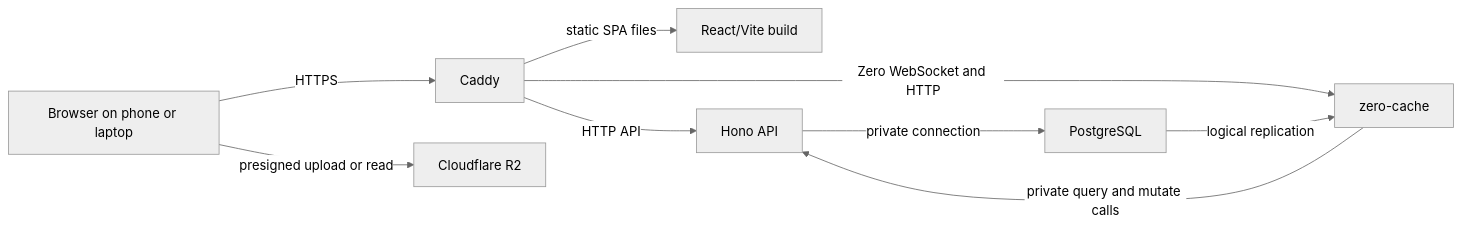
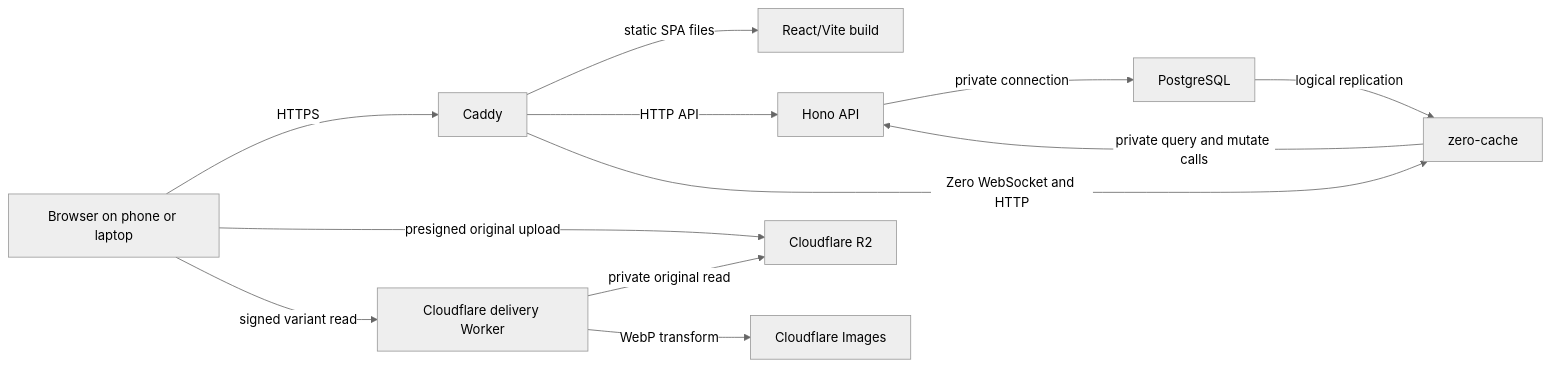
The second of 2 diagrams in docs/architecture.md (arturchichorro/home-hub), drawn with Mermaid (neutral theme) before and after one commit. The commit also changed other lines of this file and 38 other files, not shown here.

````diff
--- a/docs/architecture.md
+++ b/docs/architecture.md
@@ -241,11 +244,14 @@
 ```mermaid
 flowchart LR
   Client["Browser on phone or laptop"] -->|"HTTPS"| Caddy
   Caddy -->|"static SPA files"| Web["React/Vite build"]
   Caddy -->|"HTTP API"| API["Hono API"]
   Caddy -->|"Zero WebSocket and HTTP"| Zero["zero-cache"]
   Zero -->|"private query and mutate calls"| API
   API -->|"private connection"| PG["PostgreSQL"]
   PG -->|"logical replication"| Zero
-  Client -->|"presigned upload or read"| R2["Cloudflare R2"]
+  Client -->|"presigned original upload"| R2["Cloudflare R2"]
+  Client -->|"signed variant read"| Edge["Cloudflare delivery Worker"]
+  Edge -->|"private original read"| R2
+  Edge -->|"WebP transform"| Images["Cloudflare Images"]
 ```
````
